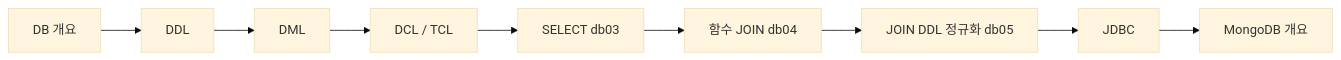
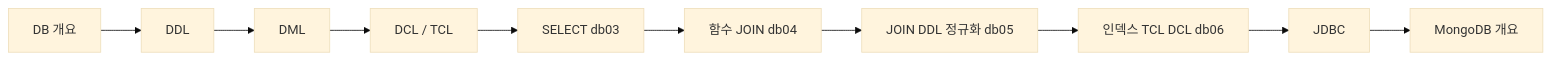
One commit to metaapple/kb7-db changed the first of 10 diagrams in README.md. Above: the diagram before and after it, drawn with Mermaid (base theme). The commit also changed other lines of this file and 3 other files, not shown here.

````diff
--- a/README.md
+++ b/README.md
@@ -9,11 +9,12 @@
 ```mermaid
 flowchart LR
     A[DB 개요] --> B[DDL]
     B --> C[DML]
     C --> D["DCL / TCL"]
     D --> E["SELECT db03"]
     E --> F["함수 JOIN db04"]
     F --> F5["JOIN DDL 정규화 db05"]
-    F5 --> G[JDBC]
+    F5 --> F6["인덱스 TCL DCL db06"]
+    F6 --> G[JDBC]
     G --> H[MongoDB 개요]
 ```
````
